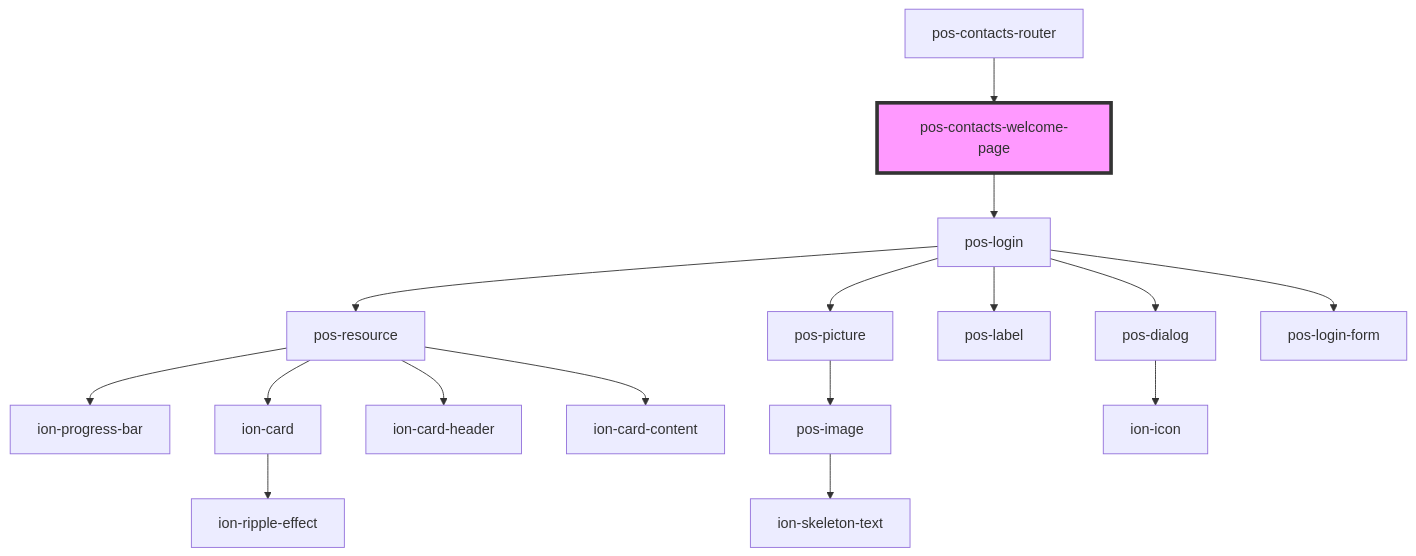
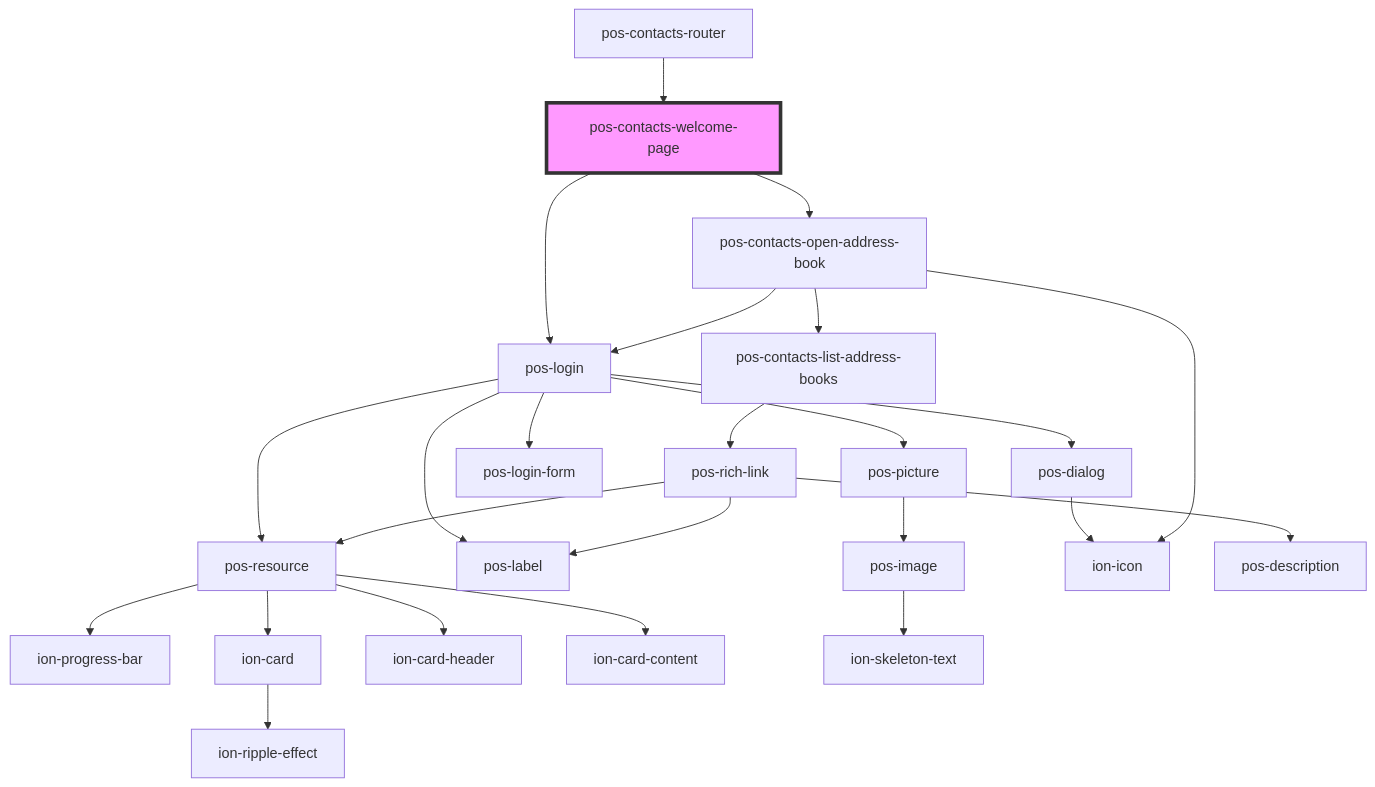
One commit to pod-os/PodOS changed the diagram in contacts/src/components/welcome-page/readme.md. Above: the diagram before and after it, drawn with Mermaid. The commit also changed other lines of this file and 3 other files, not shown here.

````diff
--- a/contacts/src/components/welcome-page/readme.md
+++ b/contacts/src/components/welcome-page/readme.md
@@ -26,19 +20,27 @@
 ```mermaid
 graph TD;
   pos-contacts-welcome-page --> pos-login
+  pos-contacts-welcome-page --> pos-contacts-open-address-book
   pos-login --> pos-resource
   pos-login --> pos-picture
   pos-login --> pos-label
   pos-login --> pos-dialog
   pos-login --> pos-login-form
   pos-resource --> ion-progress-bar
   pos-resource --> ion-card
   pos-resource --> ion-card-header
   pos-resource --> ion-card-content
   ion-card --> ion-ripple-effect
   pos-picture --> pos-image
   pos-image --> ion-skeleton-text
   pos-dialog --> ion-icon
+  pos-contacts-open-address-book --> pos-contacts-list-address-books
+  pos-contacts-open-address-book --> pos-login
+  pos-contacts-open-address-book --> ion-icon
+  pos-contacts-list-address-books --> pos-rich-link
+  pos-rich-link --> pos-resource
+  pos-rich-link --> pos-label
+  pos-rich-link --> pos-description
   pos-contacts-router --> pos-contacts-welcome-page
   style pos-contacts-welcome-page fill:#f9f,stroke:#333,stroke-width:4px
 ```
````
